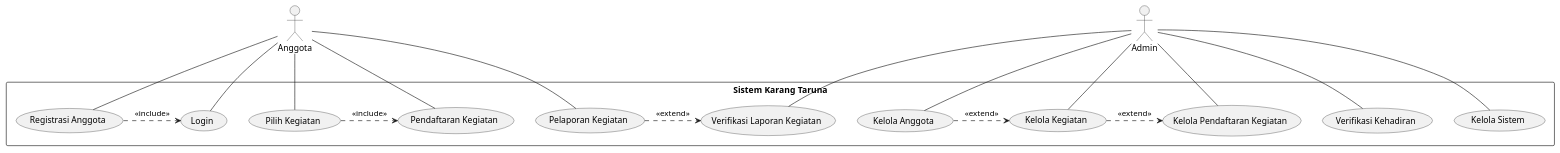
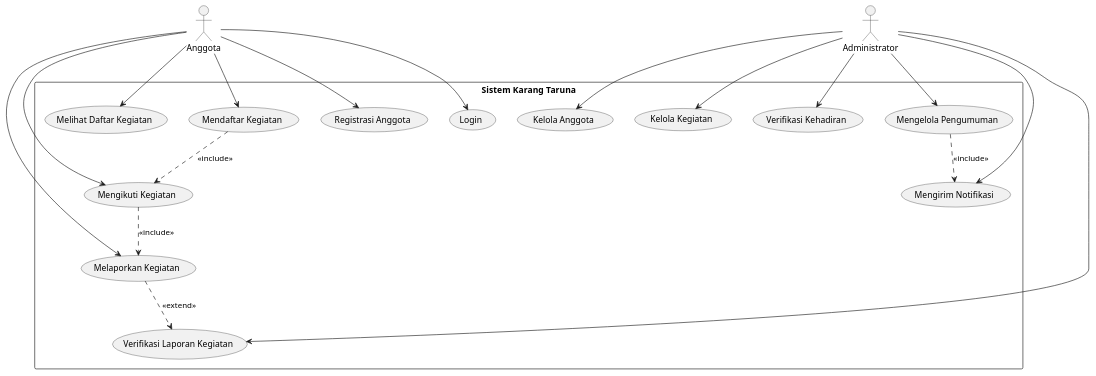
One commit to Chandss28/UAS_DAA changed the diagram in UAS_DAA/.puml. Above: the diagram before and after it, drawn with PlantUML. The commit also changed 2 other files, not shown here.

```diff
--- a/UAS_DAA/.puml
+++ b/UAS_DAA/.puml
@@ -1,26 +1,40 @@
 @startuml
-actor Anggota
-actor Admin
+
+actor "Anggota" as Anggota
+actor "Administrator" as Admin
 
 rectangle "Sistem Karang Taruna" {
-  Anggota -- (Registrasi Anggota)
-  Anggota -- (Login)
-  Anggota -- (Pilih Kegiatan)
-  Anggota -- (Pendaftaran Kegiatan)
-  Anggota -- (Pelaporan Kegiatan)
-
-  Admin -- (Verifikasi Laporan Kegiatan)
-  Admin -- (Verifikasi Kehadiran)
-  Admin -- (Kelola Anggota)
-  Admin -- (Kelola Kegiatan)
-  Admin -- (Kelola Sistem)
-  Admin -- (Kelola Pendaftaran Kegiatan)
+  usecase "Registrasi Anggota" as UC1
+  usecase "Login" as UC2
+  usecase "Melihat Daftar Kegiatan" as UC3
+  usecase "Mendaftar Kegiatan" as UC4
+  usecase "Mengikuti Kegiatan" as UC5
+  usecase "Melaporkan Kegiatan" as UC6
+  usecase "Kelola Anggota" as UC7
+  usecase "Kelola Kegiatan" as UC8
+  usecase "Verifikasi Kehadiran" as UC9
+  usecase "Verifikasi Laporan Kegiatan" as UC10
+  usecase "Mengelola Pengumuman" as UC11
+  usecase "Mengirim Notifikasi" as UC12
 }
 
-(Registrasi Anggota) .> (Login) : <<include>>
-(Pilih Kegiatan) .> (Pendaftaran Kegiatan) : <<include>>
-(Pelaporan Kegiatan) .> (Verifikasi Laporan Kegiatan) : <<extend>>
-(Kelola Anggota) .> (Kelola Kegiatan) : <<extend>>
-(Kelola Kegiatan) .> (Kelola Pendaftaran Kegiatan) : <<extend>>
+Anggota --> UC1
+Anggota --> UC2
+Anggota --> UC3
+Anggota --> UC4
+Anggota --> UC5
+Anggota --> UC6
+
+Admin --> UC7
+Admin --> UC8
+Admin --> UC9
+Admin --> UC10
+Admin --> UC11
+Admin --> UC12
+
+UC4 ..> UC5 : <<include>>
+UC5 ..> UC6 : <<include>>
+UC6 ..> UC10 : <<extend>>
+UC11 ..> UC12 : <<include>>
 
 @enduml
```
